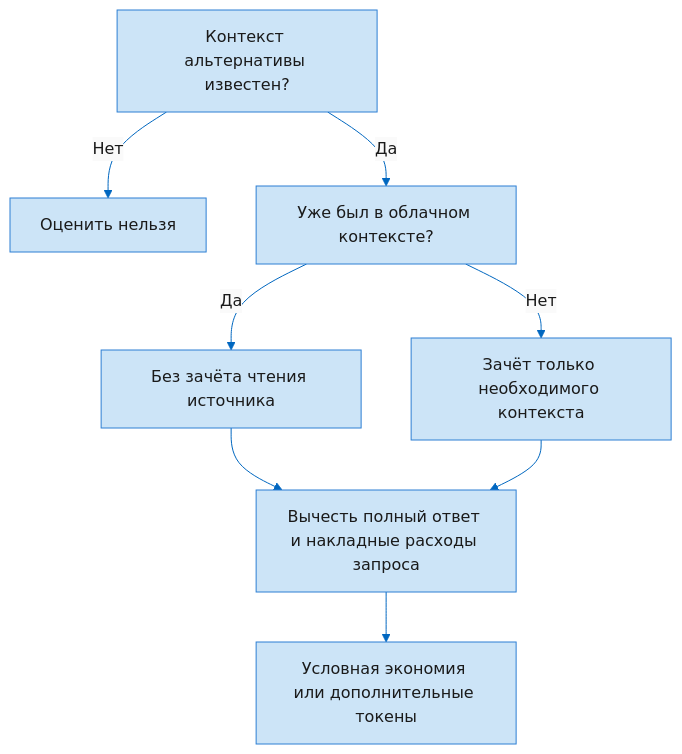
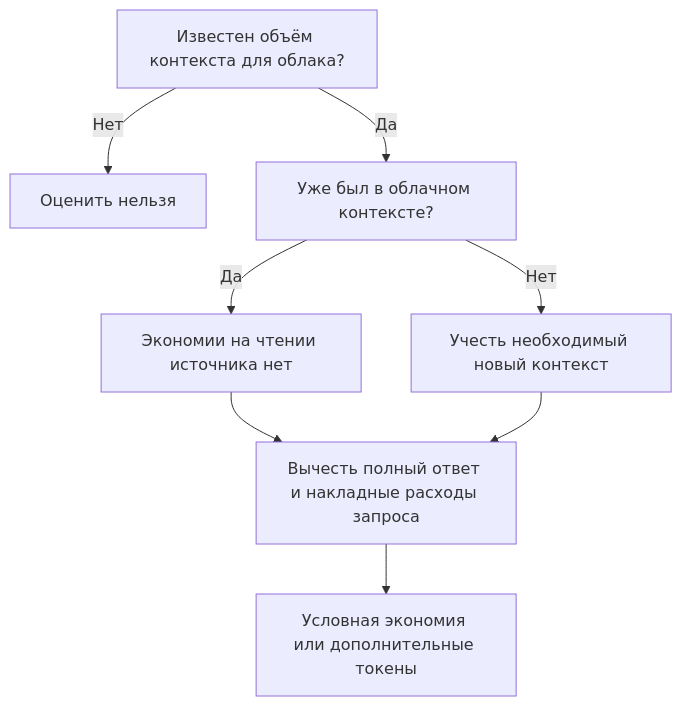
Before and after one commit to MrAliev/local-ai-toolkit: the diagram in docs/wiki/Token-estimates.ru.md, drawn with Mermaid. The commit also changed other lines of this file and 26 other files, not shown here.

````diff
--- a/docs/wiki/Token-estimates.ru.md
+++ b/docs/wiki/Token-estimates.ru.md
@@ -9,21 +11,10 @@
 ```mermaid
----
-config:
-  theme: base
-  themeVariables:
-    primaryColor: "#CCE4F7"
-    primaryTextColor: "#1A1A1A"
-    primaryBorderColor: "#2D7FD3"
-    lineColor: "#0067C0"
-    secondaryColor: "#FAFAFA"
-    tertiaryColor: "#F3F3F3"
----
 flowchart TD
-  task["Контекст альтернативы известен?"] -->|Нет| unknown["Оценить нельзя"]
+  task["Известен объём контекста для облака?"] -->|Нет| unknown["Оценить нельзя"]
   task -->|Да| seen["Уже был в облачном контексте?"]
-  seen -->|Да| zero["Без зачёта чтения источника"]
-  seen -->|Нет| credit["Зачёт только необходимого контекста"]
+  seen -->|Да| zero["Экономии на чтении источника нет"]
+  seen -->|Нет| credit["Учесть необходимый новый контекст"]
   zero --> cost["Вычесть полный ответ и накладные расходы запроса"]
   credit --> cost
   cost --> result["Условная экономия или дополнительные токены"]
 ```
````
